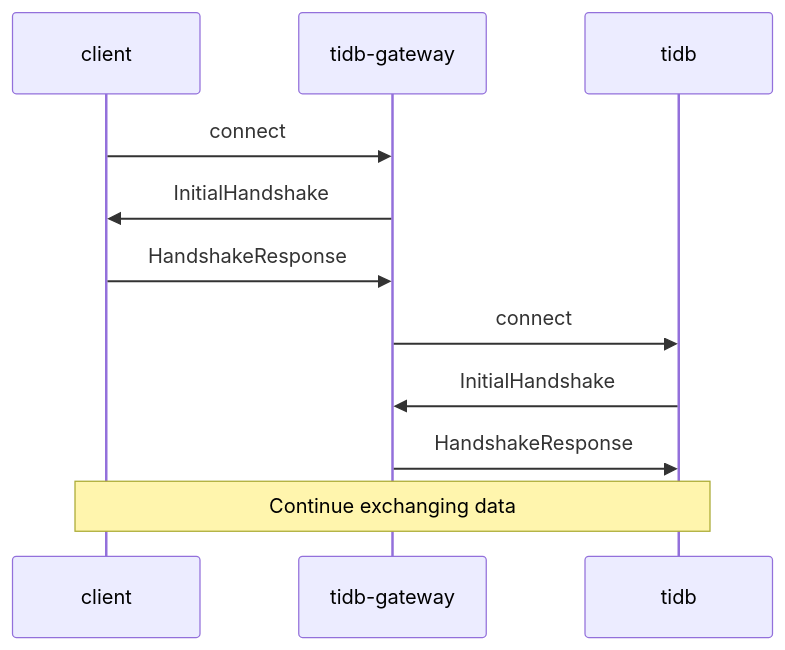
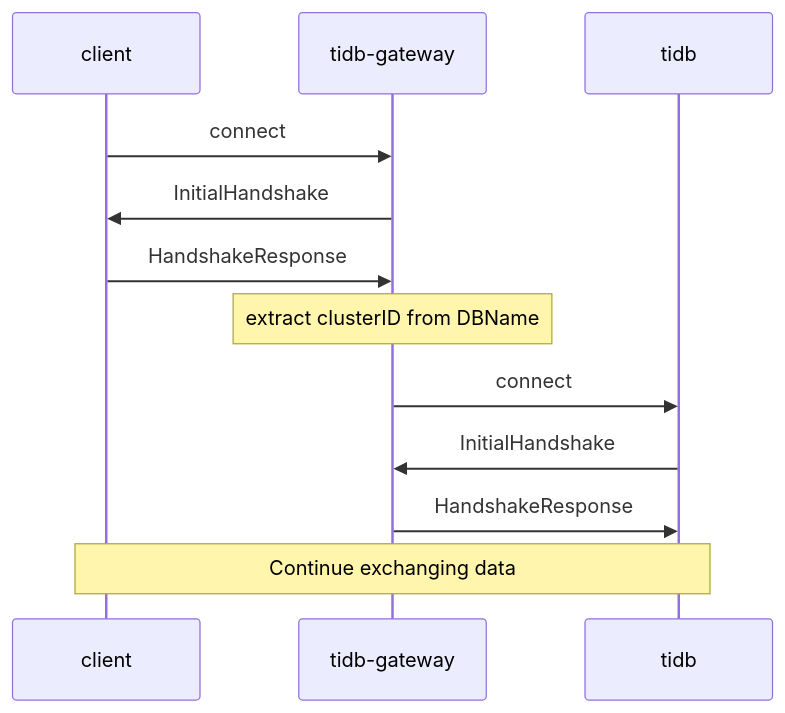
One commit to oh-my-tidb/tidb-gateway changed the diagram in README.md. Above: the diagram before and after it, drawn with Mermaid.

````diff
--- a/README.md
+++ b/README.md
@@ -20,10 +20,11 @@
 ```mermaid
 sequenceDiagram
     client->>tidb-gateway: connect
     tidb-gateway->>client: InitialHandshake
     client->>tidb-gateway: HandshakeResponse
+    Note over tidb-gateway: extract clusterID from DBName
     tidb-gateway->>tidb: connect
     tidb->>tidb-gateway: InitialHandshake
     tidb-gateway->>tidb: HandshakeResponse
     Note over client,tidb: Continue exchanging data
 ```
````
